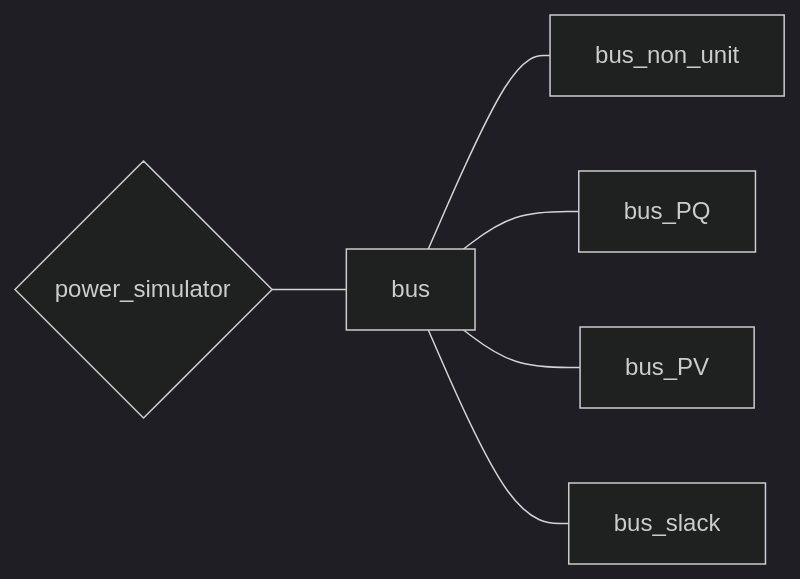
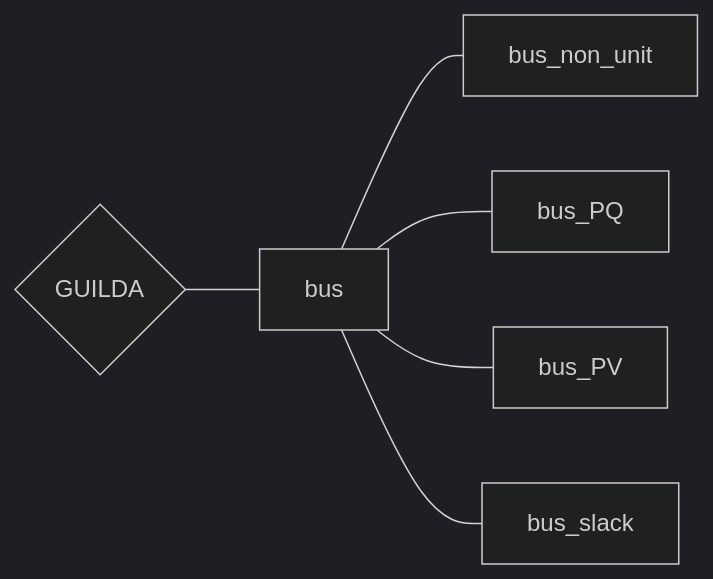
The diagram in docs/Docs/bus.md (takahiro-kawaguchi/power_simulator_doc), drawn with Mermaid (dark theme) before and after one commit. The commit also changed other lines of this file and 15 other files, not shown here.

````diff
--- a/docs/Docs/bus.md
+++ b/docs/Docs/bus.md
@@ -16,17 +16,17 @@
 ```mermaid
 graph LR
 
-base{power_simulator}---bus
+base{GUILDA}---bus
 
 bus---bus_non_unit
 bus---bus_PQ
 bus---bus_PV
 bus---bus_slack
 
 click base "https://www.google.com/"
 click bus "https://www.google.com/"
 click bus_non_unit "https://www.google.com/"
 click bus_PQ "https://www.google.com/"
 click bus_PV "https://www.google.com/"
 click bus_slack "https://www.google.com/"
 ```
````
